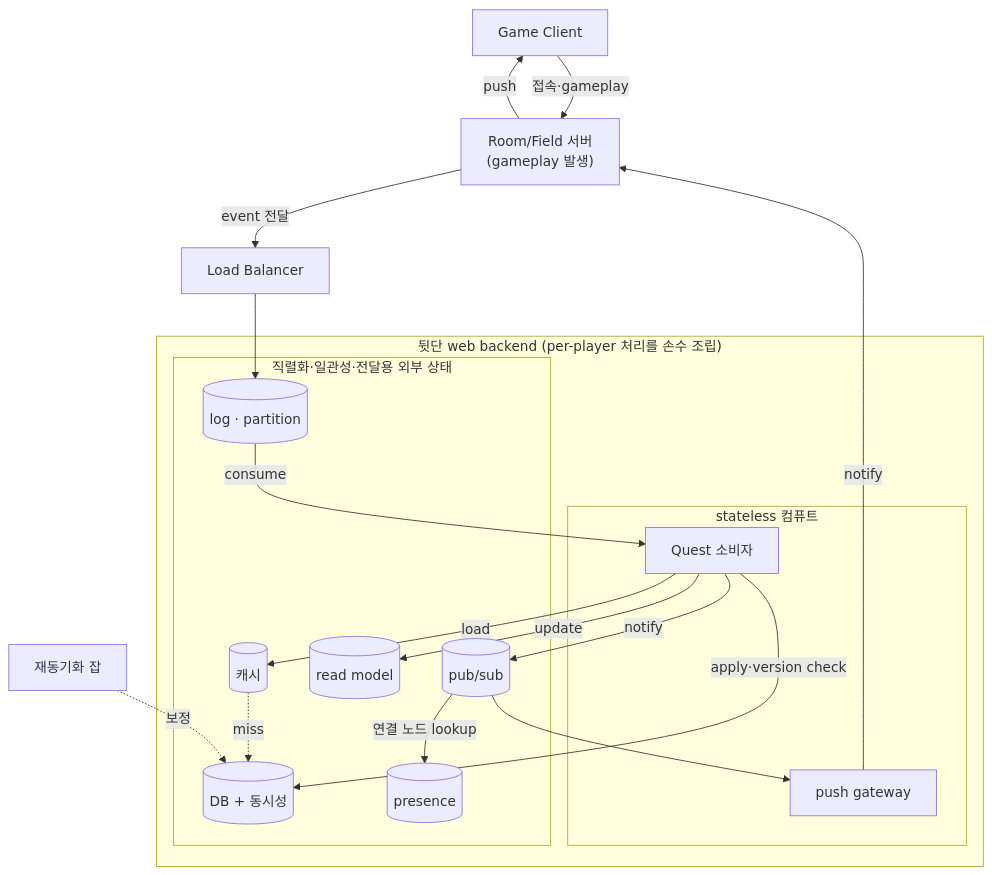
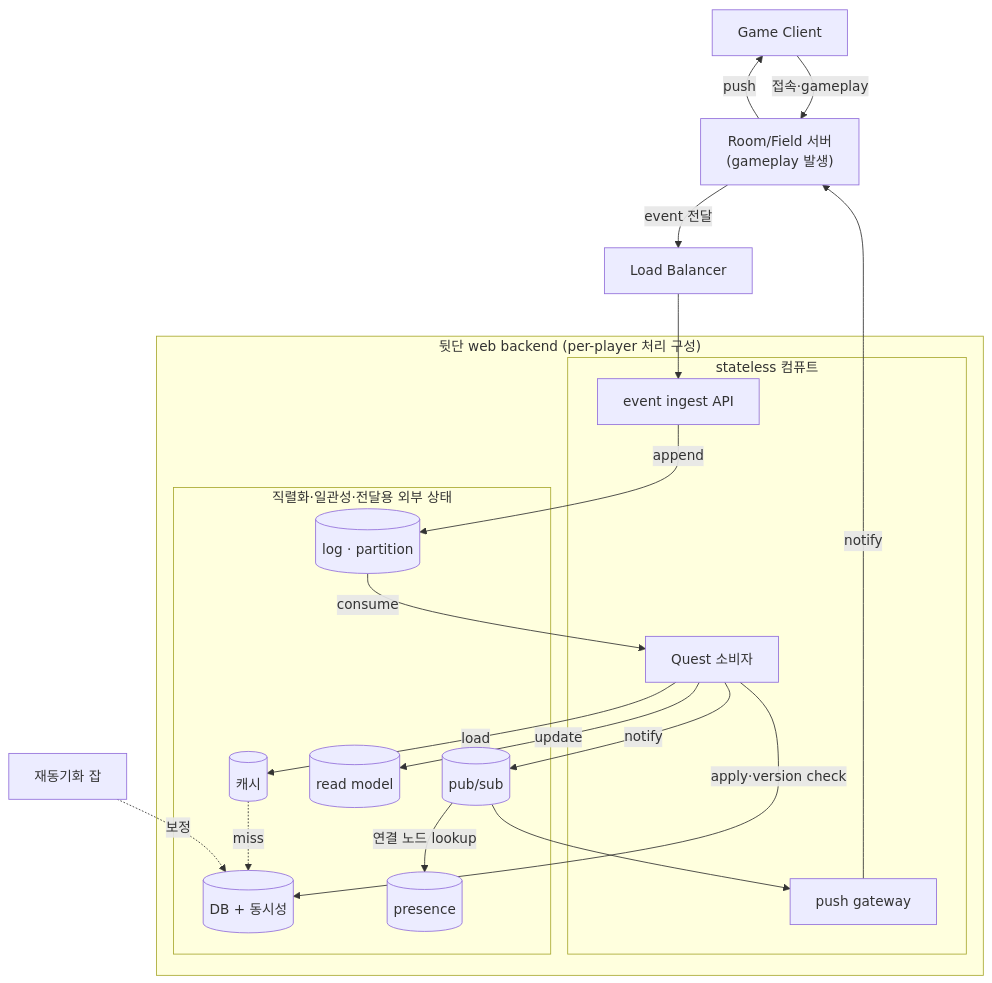
Before and after one commit to kairos-code-dev/zlink: the first of 5 diagrams in framework/doc/framework/common/sample/event/gamequest.ko.md, drawn with Mermaid. The commit also changed other lines of this file and 1 other file, not shown here.

````diff
--- a/framework/doc/framework/common/sample/event/gamequest.ko.md
+++ b/framework/doc/framework/common/sample/event/gamequest.ko.md
@@ -67,35 +72,37 @@
 ```mermaid
 graph TD
     C[Game Client]
     RF["Room/Field 서버<br/>(gameplay 발생)"]
     LB[Load Balancer]
     JOB[재동기화 잡]
 
-    subgraph BE["뒷단 web backend (per-player 처리를 손수 조립)"]
+    subgraph BE["뒷단 web backend (per-player 처리 구성)"]
         subgraph CP["stateless 컴퓨트"]
+            API["event ingest API"]
             QC["Quest 소비자"]
             PUSH["push gateway"]
         end
         subgraph ST["직렬화·일관성·전달용 외부 상태"]
             LOG[("log · partition")]
             DB[("DB + 동시성")]
             CACHE[("캐시")]
             RM[("read model")]
             PS[("pub/sub")]
             PRES[("presence")]
         end
     end
 
     C -->|접속·gameplay| RF
-    RF -->|event 전달| LB --> LOG
+    RF -->|event 전달| LB --> API
+    API -->|append| LOG
     LOG -->|consume| QC
     QC -->|load| CACHE
     CACHE -.miss.-> DB
     QC -->|apply·version check| DB
     QC -->|update| RM
     QC -->|notify| PS
     PS -->|연결 노드 lookup| PRES
     PS --> PUSH -->|notify| RF
     RF -->|push| C
     JOB -.보정.-> DB
 ```
````
